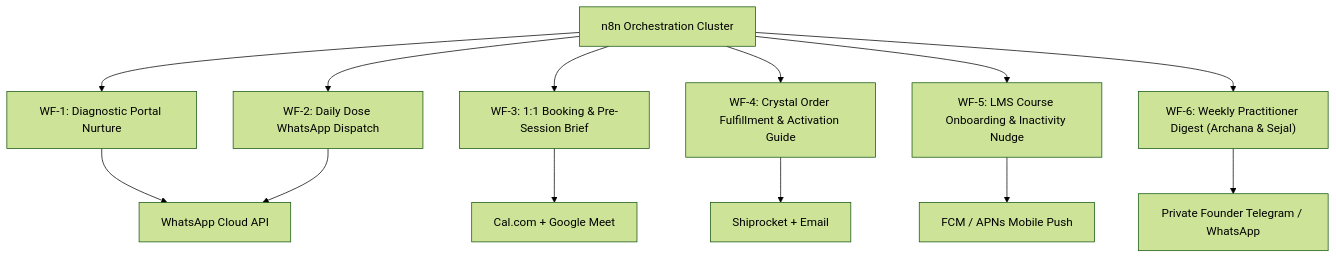
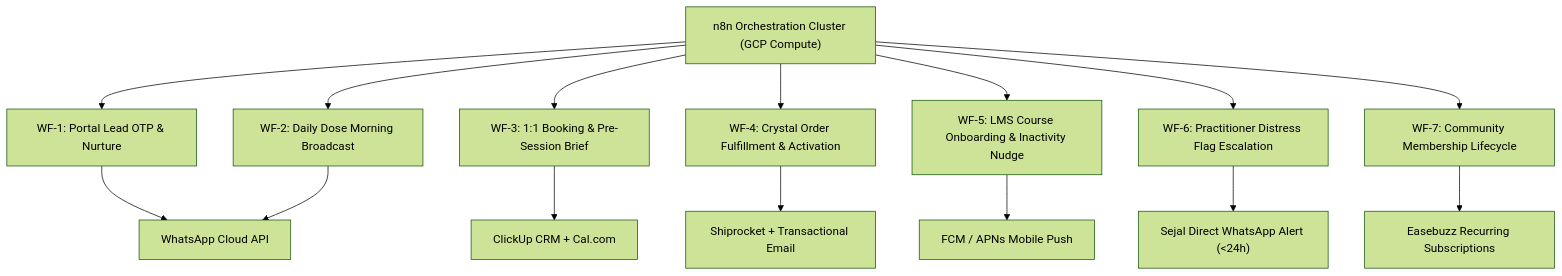
The fifth of 5 diagrams in AUMVEDA_MASTER_PRD_v4.md (QalaLabs/aumveda-website), drawn with Mermaid (forest theme) before and after one commit. The commit also changed other lines of this file and 73 other files, not shown here.

````diff
--- a/AUMVEDA_MASTER_PRD_v4.md
+++ b/AUMVEDA_MASTER_PRD_v4.md
@@ -885,25 +1032,28 @@
 ```mermaid
 graph TD
-    n8n_Engine["n8n Orchestration Cluster"]
+    n8n_Engine["n8n Orchestration Cluster (GCP Compute)"]
     
-    W1["WF-1: Diagnostic Portal Nurture"]
-    W2["WF-2: Daily Dose WhatsApp Dispatch"]
+    W1["WF-1: Portal Lead OTP & Nurture"]
+    W2["WF-2: Daily Dose Morning Broadcast"]
     W3["WF-3: 1:1 Booking & Pre-Session Brief"]
-    W4["WF-4: Crystal Order Fulfillment & Activation Guide"]
+    W4["WF-4: Crystal Order Fulfillment & Activation"]
     W5["WF-5: LMS Course Onboarding & Inactivity Nudge"]
-    W6["WF-6: Weekly Practitioner Digest (Archana & Sejal)"]
+    W6["WF-6: Practitioner Distress Flag Escalation"]
+    W7["WF-7: Community Membership Lifecycle"]
     
     n8n_Engine --> W1
     n8n_Engine --> W2
     n8n_Engine --> W3
     n8n_Engine --> W4
     n8n_Engine --> W5
     n8n_Engine --> W6
+    n8n_Engine --> W7
     
     W1 --> WhatsApp["WhatsApp Cloud API"]
     W2 --> WhatsApp
-    W3 --> Cal["Cal.com + Google Meet"]
-    W4 --> Shipping["Shiprocket + Email"]
+    W3 --> ClickUp["ClickUp CRM + Cal.com"]
+    W4 --> Shipping["Shiprocket + Transactional Email"]
     W5 --> AppPush["FCM / APNs Mobile Push"]
-    W6 --> AdminPhone["Private Founder Telegram / WhatsApp"]
+    W6 --> FounderPhone["Sejal Direct WhatsApp Alert (<24h)"]
+    W7 --> EasebuzzSubs["Easebuzz Recurring Subscriptions"]
 ```
````
